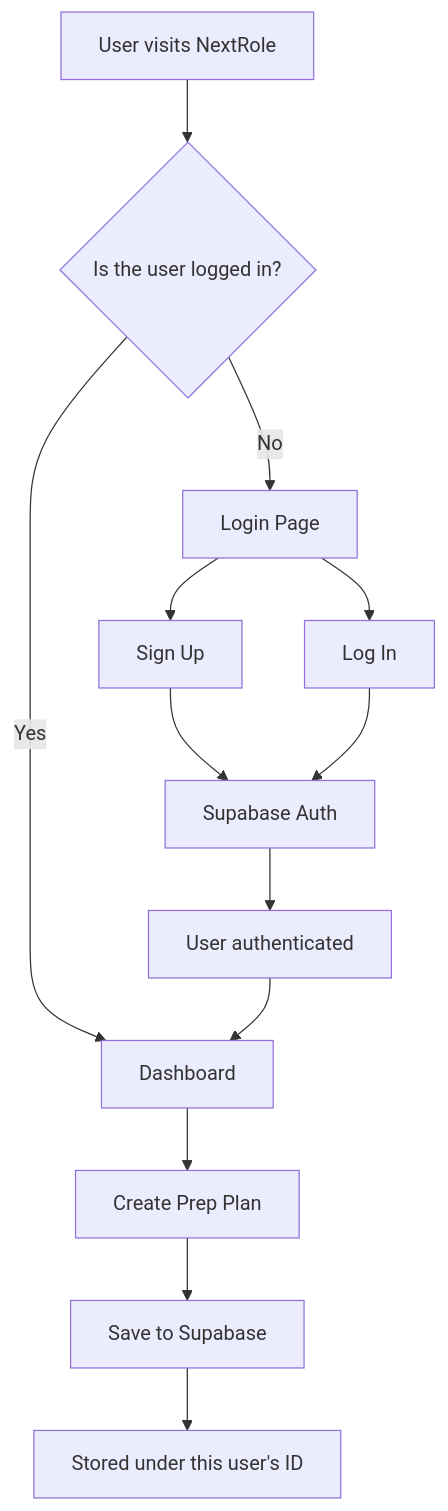
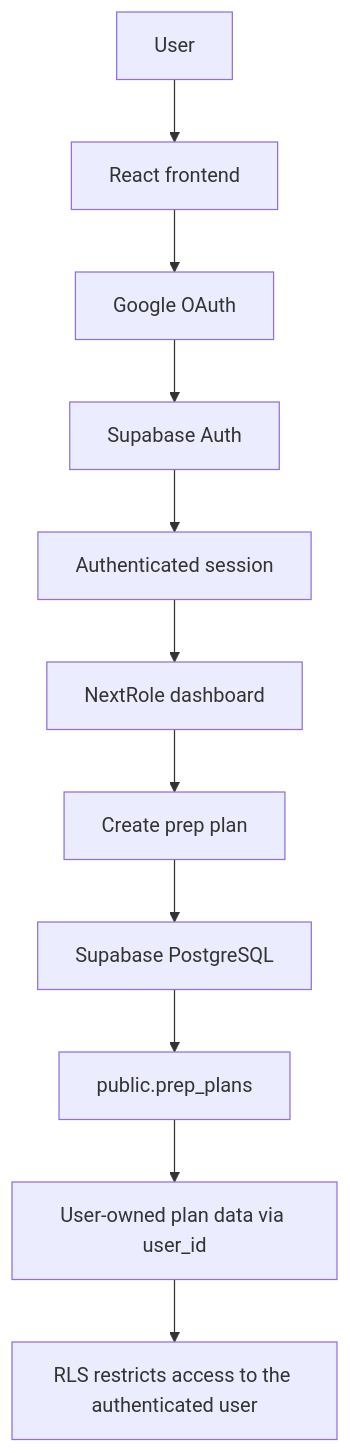
The diagram in README.md (Abhignya15/NextRole), drawn with Mermaid before and after one commit. The commit also changed other lines of this file and 8 other files, not shown here.

````diff
--- a/README.md
+++ b/README.md
@@ -13,15 +54,13 @@
 ```mermaid
 flowchart TD
-    A[User visits NextRole] --> B{Is the user logged in?}
-    B -- No --> C[Login Page]
-    B -- Yes --> D[Dashboard]
-    C --> E[Sign Up]
-    C --> F[Log In]
-    E --> G[Supabase Auth]
-    F --> G
-    G --> H[User authenticated]
-    H --> D
-    D --> I[Create Prep Plan]
-    I --> J[Save to Supabase]
-    J --> K[Stored under this user's ID]
+    A[User] --> B[React frontend]
+    B --> C[Google OAuth]
+    C --> D[Supabase Auth]
+    D --> E[Authenticated session]
+    E --> F[NextRole dashboard]
+    F --> G[Create prep plan]
+    G --> H[Supabase PostgreSQL]
+    H --> I[public.prep_plans]
+    I --> J[User-owned plan data via user_id]
+    J --> K[RLS restricts access to the authenticated user]
 ```
````
